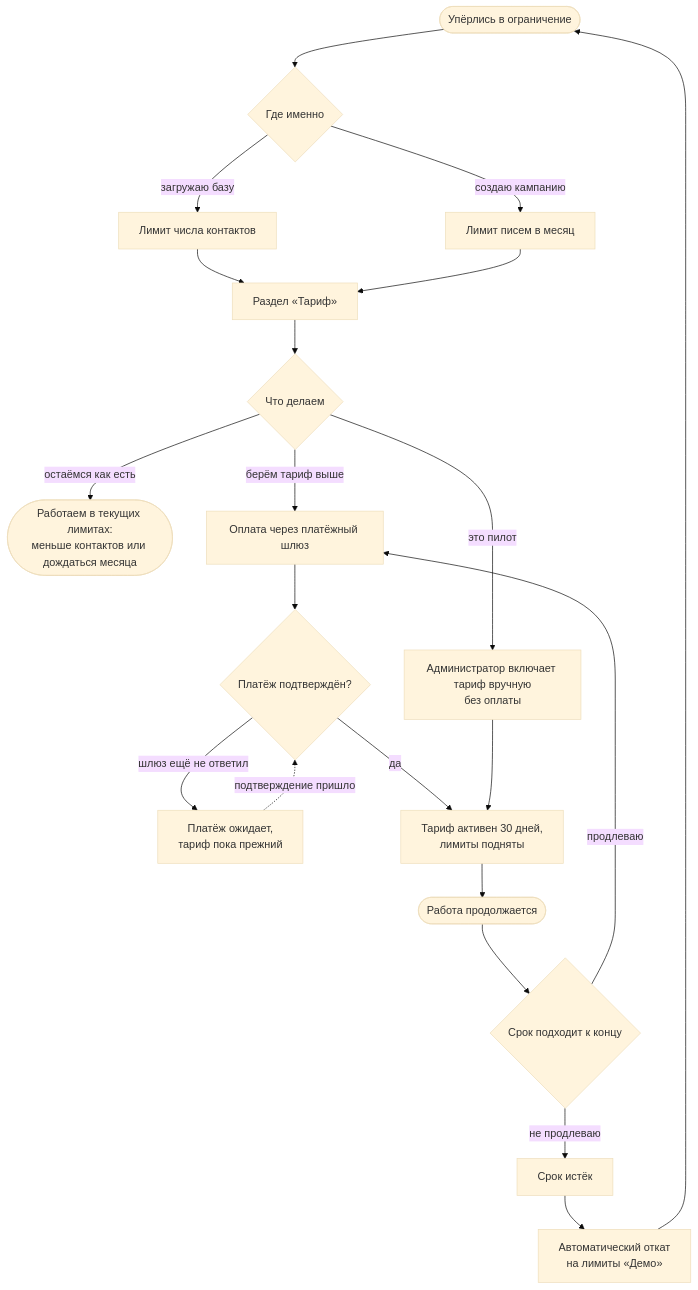
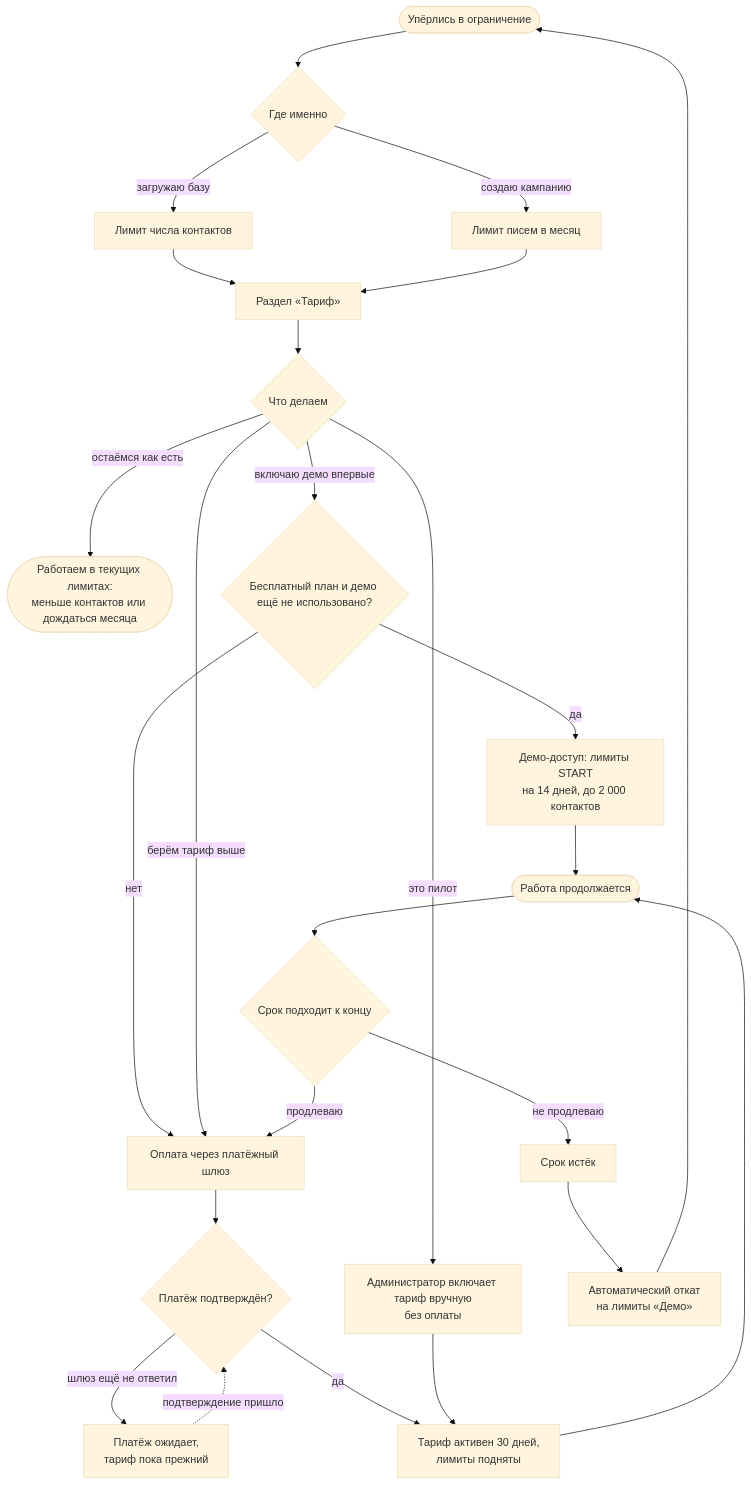
Before and after one commit to Egorizzz/smailee: the diagram in docs/diagrams/billing.md, drawn with Mermaid (base theme). The commit also changed 6 other files, not shown here.

````diff
--- a/docs/diagrams/billing.md
+++ b/docs/diagrams/billing.md
@@ -17,28 +17,32 @@
 ```mermaid
 flowchart TD
   Start([Упёрлись в ограничение]) --> Where{Где именно}
   Where -->|загружаю базу| LimitContacts[Лимит числа контактов]
   Where -->|создаю кампанию| LimitEmails[Лимит писем в месяц]
 
   LimitContacts --> Open[Раздел «Тариф»]
   LimitEmails --> Open
   Open --> Choose{Что делаем}
 
   Choose -->|остаёмся как есть| Reduce([Работаем в текущих лимитах:<br/>меньше контактов или дождаться месяца])
-  Choose -->|берём тариф выше| Pay[Оплата через платёжный шлюз]
+  Choose -->|включаю демо впервые| Demo{Бесплатный план и демо ещё не использовано?}
+  Demo -->|да| DemoActive[Демо-доступ: лимиты START<br/>на 14 дней, до 2 000 контактов]
+  Demo -->|нет| Pay[Оплата через платёжный шлюз]
+  Choose -->|берём тариф выше| Pay
   Choose -->|это пилот| Admin[Администратор включает тариф вручную<br/>без оплаты]
 
   Pay --> Confirm{Платёж подтверждён?}
   Confirm -->|шлюз ещё не ответил| Pending[Платёж ожидает,<br/>тариф пока прежний]
   Pending -.->|подтверждение пришло| Confirm
   Confirm -->|да| Active
 
   Admin --> Active[Тариф активен 30 дней,<br/>лимиты подняты]
+  DemoActive --> Work
   Active --> Work([Работа продолжается])
 
   Work --> Renew{Срок подходит к концу}
   Renew -->|продлеваю| Pay
   Renew -->|не продлеваю| Expire[Срок истёк]
   Expire --> Fallback[Автоматический откат<br/>на лимиты «Демо»]
   Fallback --> Start
 ```
````
